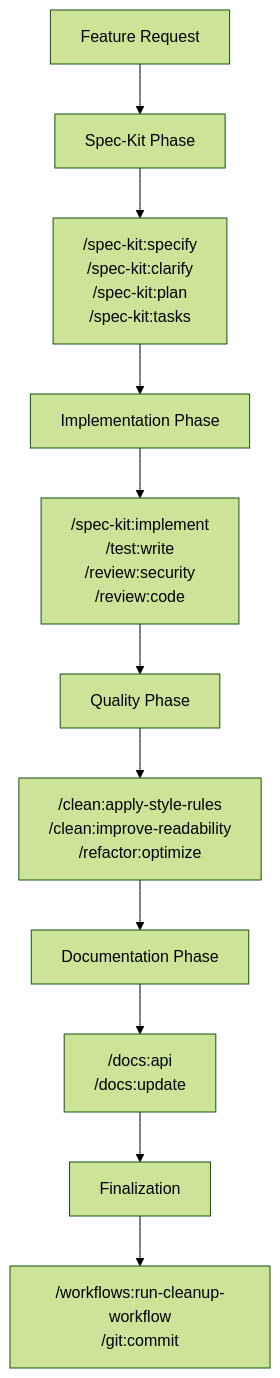
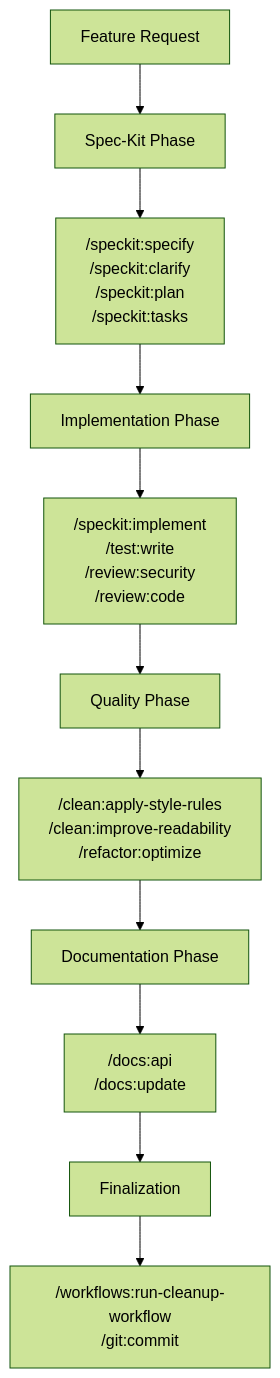
One commit to thomasholknielsen/claude-code-config changed diagram 29 of 31 in docs/developer/developer-workflows.md. Above: the diagram before and after it, drawn with Mermaid (forest theme). The commit also changed other lines of this file and 198 other files, not shown here.

````diff
--- a/docs/developer/developer-workflows.md
+++ b/docs/developer/developer-workflows.md
@@ -1339,17 +1339,17 @@
 ```mermaid
 graph TD
     A[Feature Request] --> B[Spec-Kit Phase]
-    B --> C["/spec-kit:specify<br/>/spec-kit:clarify<br/>/spec-kit:plan<br/>/spec-kit:tasks"]
+    B --> C["/speckit:specify<br/>/speckit:clarify<br/>/speckit:plan<br/>/speckit:tasks"]
 
     C --> D[Implementation Phase]
-    D --> E["/spec-kit:implement<br/>/test:write<br/>/review:security<br/>/review:code"]
+    D --> E["/speckit:implement<br/>/test:write<br/>/review:security<br/>/review:code"]
 
     E --> F[Quality Phase]
     F --> G["/clean:apply-style-rules<br/>/clean:improve-readability<br/>/refactor:optimize"]
 
     G --> H[Documentation Phase]
     H --> I["/docs:api<br/>/docs:update"]
 
     I --> J[Finalization]
     J --> K["/workflows:run-cleanup-workflow<br/>/git:commit"]
 ```
````
